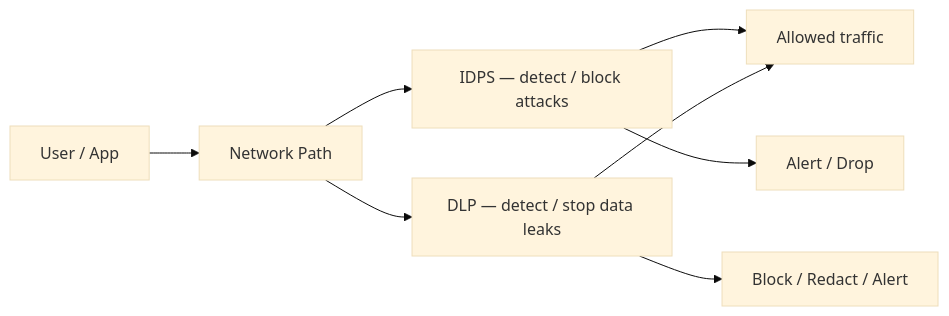
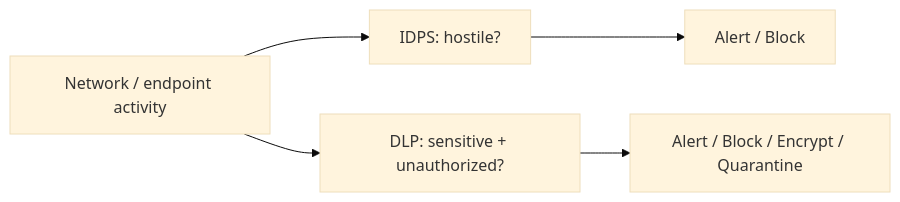
One commit to omnayak27199/pktana changed the first of 5 diagrams in learning/13-dlp-idps.md. Above: the diagram before and after it, drawn with Mermaid (base theme). The commit also changed other lines of this file and 14 other files, not shown here.

First line of the commit message:
docs: rewrite Learn path with diagrams, quizzes, and protocol links

````diff
--- a/learning/13-dlp-idps.md
+++ b/learning/13-dlp-idps.md
@@ -9,10 +14,7 @@
 ```mermaid
 flowchart LR
-  User[User / App] --> Net[Network Path]
-  Net --> IDPS[IDPS — detect / block attacks]
-  Net --> DLP[DLP — detect / stop data leaks]
-  IDPS --> Safe[Allowed traffic]
-  DLP --> Safe
-  IDPS --> Alert[Alert / Drop]
-  DLP --> Quarantine[Block / Redact / Alert]
+  Traffic[Network / endpoint activity] --> IDPS[IDPS: hostile?]
+  Traffic --> DLP[DLP: sensitive + unauthorized?]
+  IDPS --> A1[Alert / Block]
+  DLP --> A2[Alert / Block / Encrypt / Quarantine]
 ```
````
